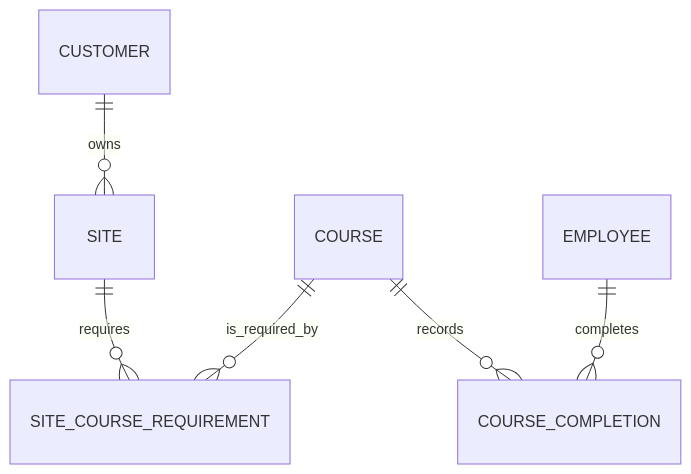
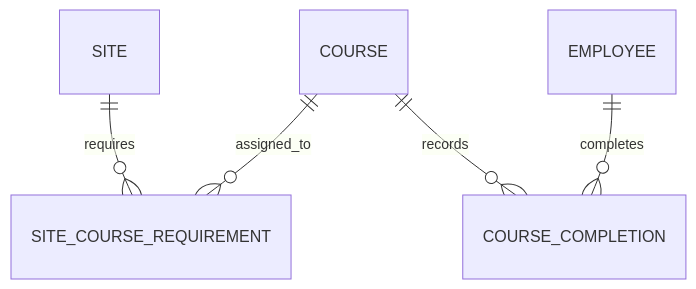
One commit to alexpower9/training-management-demo changed the diagram in docs/database-design.md. Above: the diagram before and after it, drawn with Mermaid. The commit also changed other lines of this file and 42 other files, not shown here.

````diff
--- a/docs/database-design.md
+++ b/docs/database-design.md
@@ -95,8 +34,7 @@
 ```mermaid
 erDiagram
-    CUSTOMER ||--o{ SITE : owns
     SITE ||--o{ SITE_COURSE_REQUIREMENT : requires
-    COURSE ||--o{ SITE_COURSE_REQUIREMENT : is_required_by
+    COURSE ||--o{ SITE_COURSE_REQUIREMENT : assigned_to
     EMPLOYEE ||--o{ COURSE_COMPLETION : completes
     COURSE ||--o{ COURSE_COMPLETION : records
 ```
````
